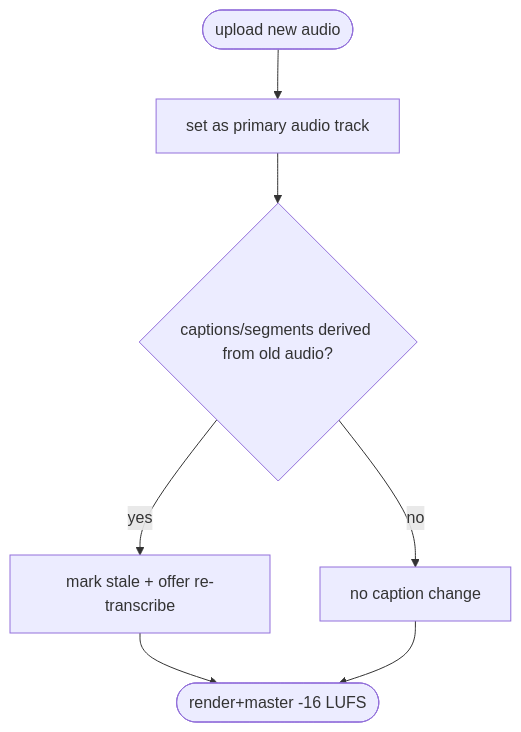
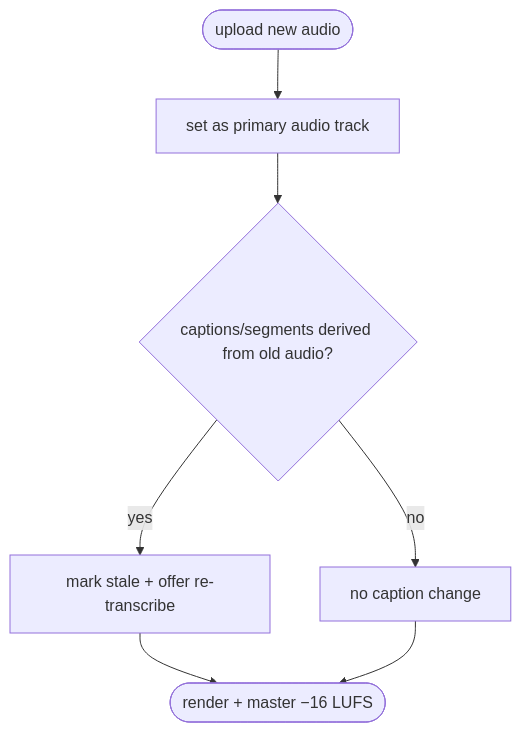
Before and after one commit to KarmaPoliceGitRepo/planets: the third of 3 diagrams in reelcut/mbse/04-behavior.md, drawn with Mermaid. The commit also changed other lines of this file and 7 other files, not shown here.

````diff
--- a/reelcut/mbse/04-behavior.md
+++ b/reelcut/mbse/04-behavior.md
@@ -111,9 +39,8 @@
 ```mermaid
 flowchart TD
   s([upload new audio]) --> setp[set as primary audio track]
   setp --> chk{captions/segments derived from old audio?}
   chk -- yes --> flag[mark stale + offer re-transcribe]
   chk -- no --> keep[no caption change]
-  flag --> done([render+master -16 LUFS])
-  keep --> done
+  flag --> done([render + master −16 LUFS]); keep --> done
 ```
````
